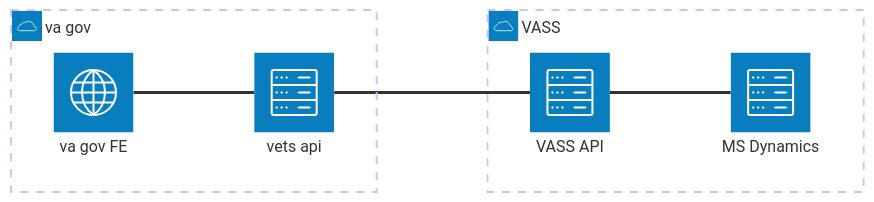
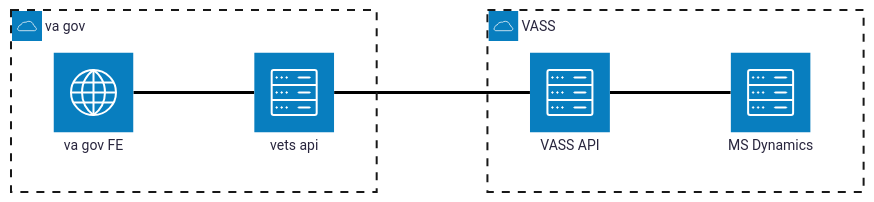
Before and after one commit to department-of-veterans-affairs/va.gov-team: the diagram in products/health-care/appointments/va-online-scheduling/initiatives/solid-start-scheduling/engineering/high-level-architecture.md, drawn with Mermaid.

````diff
--- a/products/health-care/appointments/va-online-scheduling/initiatives/solid-start-scheduling/engineering/high-level-architecture.md
+++ b/products/health-care/appointments/va-online-scheduling/initiatives/solid-start-scheduling/engineering/high-level-architecture.md
@@ -6,18 +3,22 @@
 ```mermaid
+---
+config:
+      theme: redux
+---
 architecture-beta 
     group vagov(cloud)[va gov]
 
     service vetsapi(server)[vets api] in vagov
     service frontend(internet)[va gov FE] in vagov
 
     frontend:R-- L:vetsapi
 
     group VASS(cloud)[VASS]
 
     service msdynamics(server)[MS Dynamics] in VASS
     service vassapi(server)[VASS API] in VASS
     vassapi:R -- L:msdynamics
 
 
     vetsapi:R -- L:vassapi
 ```
````
